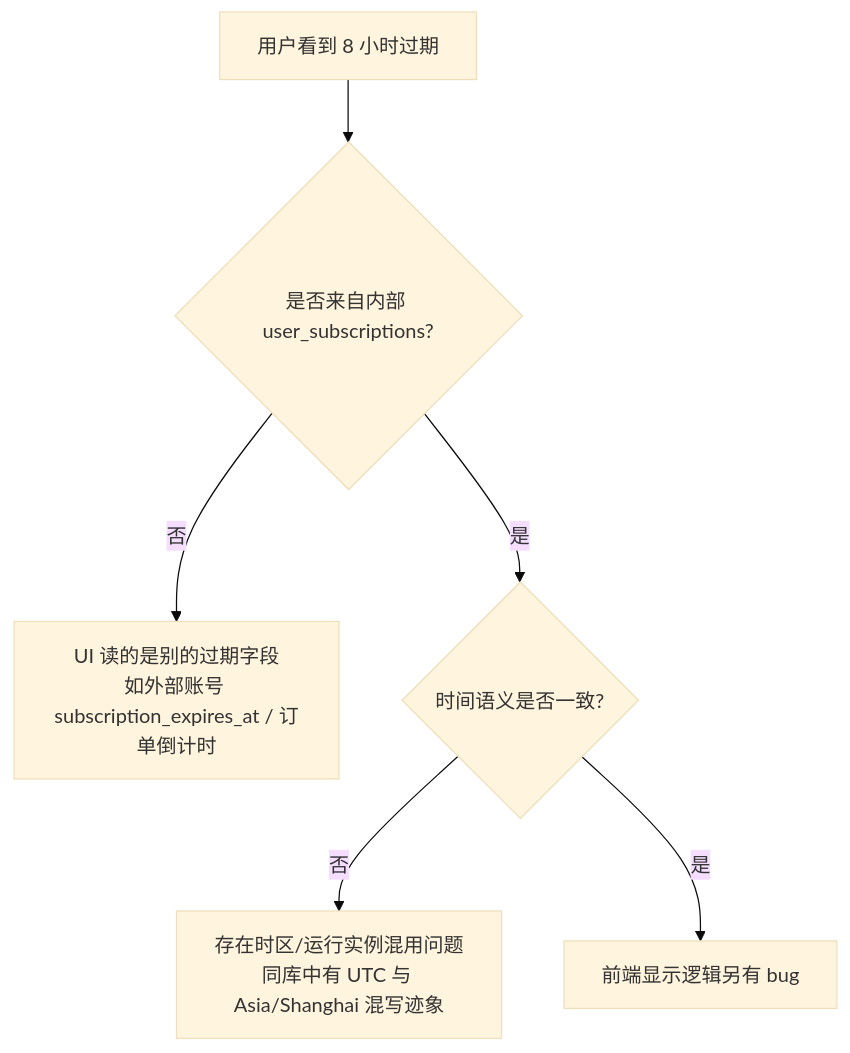
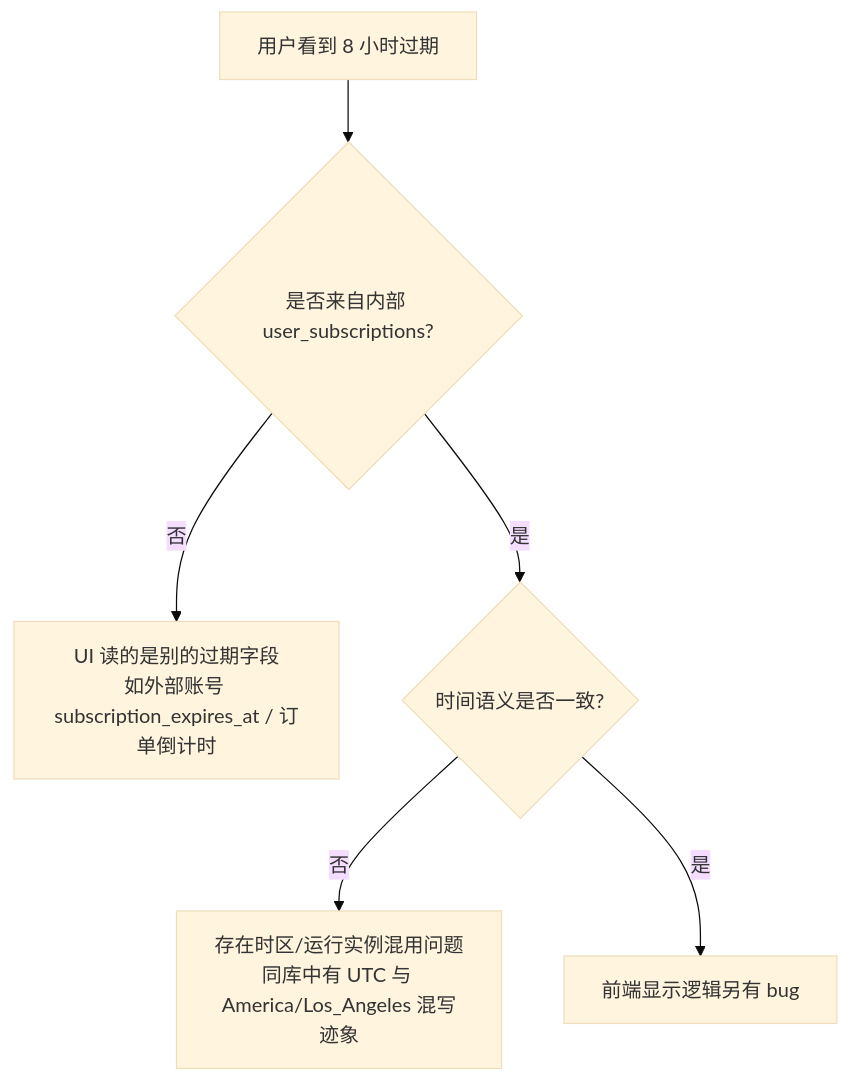
The diagram in easysdd/compound/2026-05-06-explore-subscription-expiry-hours-mismatch.md (songzichen29/sub2api), drawn with Mermaid (base theme) before and after one commit. The commit also changed other lines of this file and 55 other files, not shown here.

````diff
--- a/easysdd/compound/2026-05-06-explore-subscription-expiry-hours-mismatch.md
+++ b/easysdd/compound/2026-05-06-explore-subscription-expiry-hours-mismatch.md
@@ -21,8 +21,8 @@
 ```mermaid
 flowchart TD
   A[用户看到 8 小时过期] --> B{是否来自内部 user_subscriptions?}
   B -- 否 --> C[UI 读的是别的过期字段\n如外部账号 subscription_expires_at / 订单倒计时]
   B -- 是 --> D{时间语义是否一致?}
-  D -- 否 --> E[存在时区/运行实例混用问题\n同库中有 UTC 与 Asia/Shanghai 混写迹象]
+  D -- 否 --> E[存在时区/运行实例混用问题\n同库中有 UTC 与 America/Los_Angeles 混写迹象]
   D -- 是 --> F[前端显示逻辑另有 bug]
 ```
````
